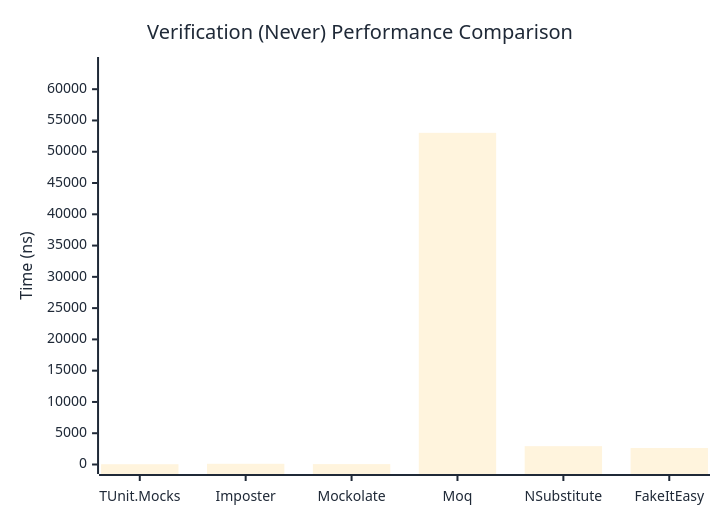
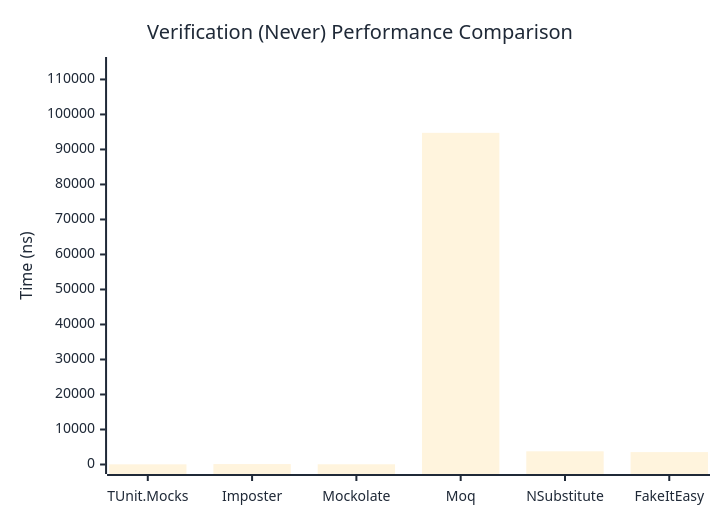
Before and after one commit to thomhurst/TUnit: the second of 3 diagrams in docs/docs/benchmarks/mocks/Verification.md, drawn with Mermaid. The commit also changed other lines of this file and 14 other files, not shown here.

````diff
--- a/docs/docs/benchmarks/mocks/Verification.md
+++ b/docs/docs/benchmarks/mocks/Verification.md
@@ -71,27 +71,27 @@
 ```mermaid
 %%{init: {
   'theme':'base',
   'themeVariables': {
     'primaryColor': '#2563eb',
     'primaryTextColor': '#1f2937',
     'primaryBorderColor': '#1e40af',
     'lineColor': '#6b7280',
     'secondaryColor': '#7c3aed',
     'tertiaryColor': '#dc2626',
     'background': '#ffffff',
     'pie1': '#2563eb',
     'pie2': '#7c3aed',
     'pie3': '#dc2626',
     'pie4': '#f59e0b',
     'pie5': '#10b981',
     'pie6': '#06b6d4',
     'pie7': '#ec4899',
     'pie8': '#6366f1'
   }
 }}%%
 xychart-beta
   title "Verification (Never) Performance Comparison"
   x-axis ["TUnit.Mocks", "Imposter", "Mockolate", "Moq", "NSubstitute", "FakeItEasy"]
-  y-axis "Time (ns)" 0 --> 63629
-  bar [44.8, 115.49, 62.1, 53023.79, 2930.59, 2636.32]
+  y-axis "Time (ns)" 0 --> 113697
+  bar [49.79, 125.16, 67.6, 94746.8, 3766, 3544.27]
 ```
````
